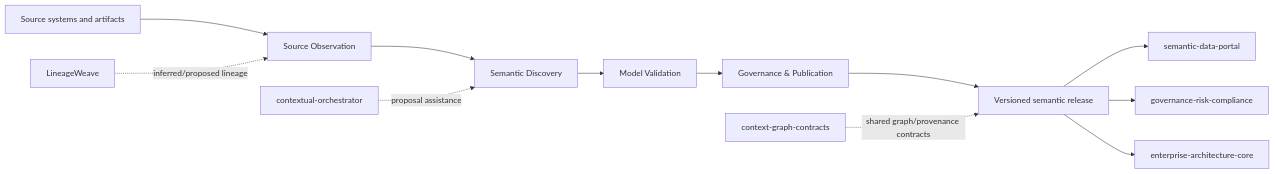
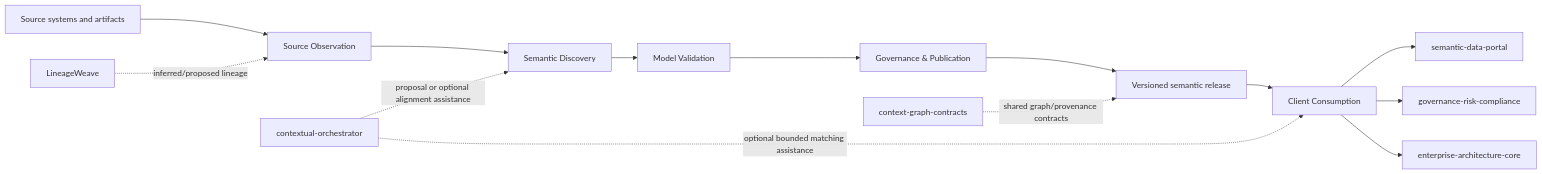
Before and after one commit to ContextualWisdomLab/ConceptWeave: the diagram in ARCHITECTURE.md, drawn with Mermaid. The commit also changed other lines of this file and 11 other files, not shown here.

Commit message:
docs(client): define release consumption boundary

````diff
--- a/ARCHITECTURE.md
+++ b/ARCHITECTURE.md
@@ -7,15 +7,17 @@
 ```mermaid
 flowchart LR
     S[Source systems and artifacts] --> O[Source Observation]
     O --> D[Semantic Discovery]
     D --> V[Model Validation]
     V --> G[Governance & Publication]
     G --> P[Versioned semantic release]
+    P --> C[Client Consumption]
 
-    CO[contextual-orchestrator] -. proposal assistance .-> D
+    CO[contextual-orchestrator] -. proposal or optional alignment assistance .-> D
+    CO -. optional bounded matching assistance .-> C
     LW[LineageWeave] -. inferred/proposed lineage .-> O
     CG[context-graph-contracts] -. shared graph/provenance contracts .-> P
-    P --> SDP[semantic-data-portal]
-    P --> GRC[governance-risk-compliance]
-    P --> EA[enterprise-architecture-core]
+    C --> SDP[semantic-data-portal]
+    C --> GRC[governance-risk-compliance]
+    C --> EA[enterprise-architecture-core]
 ```
````
